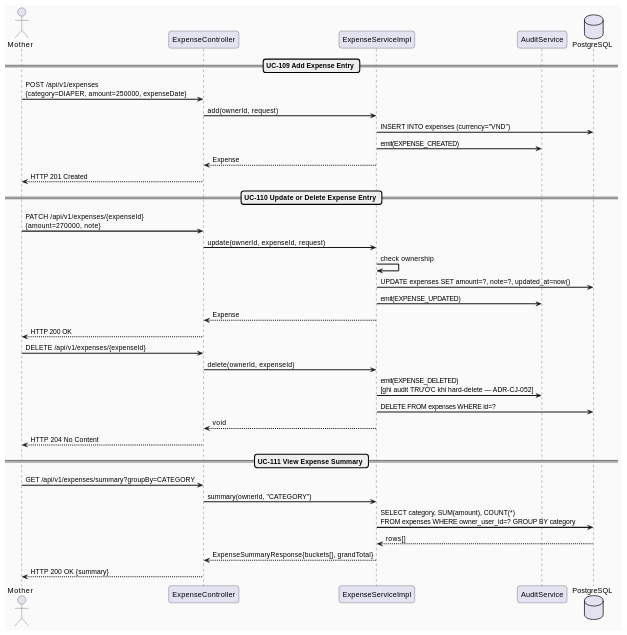
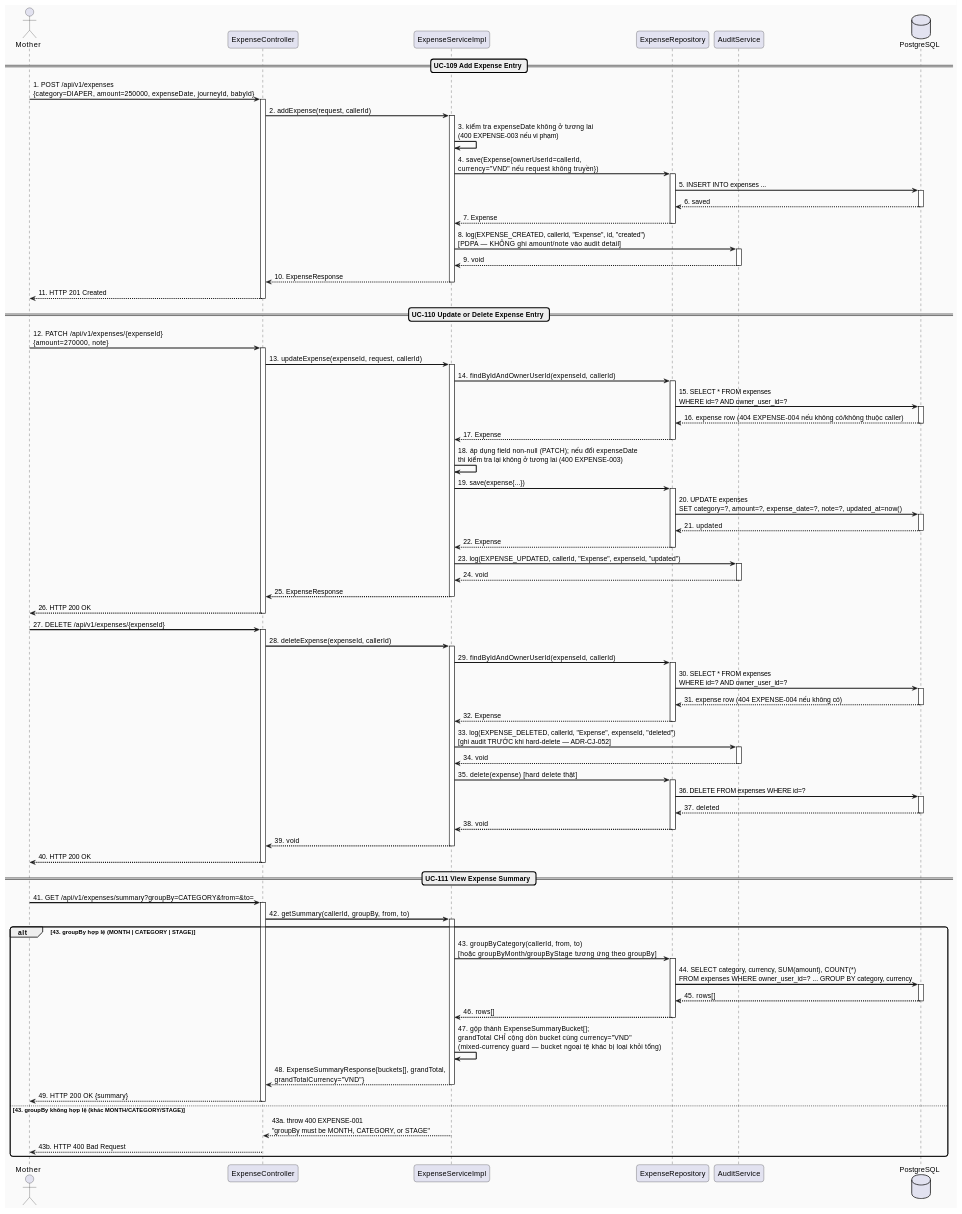
Before and after one commit to ChuongBDHE172784/CareBridge_SEP490_G79: the second of 3 diagrams in docs/Detailed_Design/MF12_Expense_Preparation_Planner/01_Expense_Entry_Summary.md, drawn with PlantUML. The commit also changed other lines of this file and 29 other files, not shown here.

Commit message:
feat: add detailed sequence diagrams to documentation and standardize service-layer interaction flows across modules

````diff
--- a/docs/Detailed_Design/MF12_Expense_Preparation_Planner/01_Expense_Entry_Summary.md
+++ b/docs/Detailed_Design/MF12_Expense_Preparation_Planner/01_Expense_Entry_Summary.md
@@ -108,40 +108,118 @@
 actor "Mother" as M
 participant "ExpenseController" as Controller
 participant "ExpenseServiceImpl" as Service
+participant "ExpenseRepository" as Repo
 participant "AuditService" as Audit
 database "PostgreSQL" as DB
 
 == UC-109 Add Expense Entry ==
-M -> Controller : POST /api/v1/expenses\n{category=DIAPER, amount=250000, expenseDate}
-Controller -> Service : add(ownerId, request)
-Service -> DB : INSERT INTO expenses (currency="VND")
-Service -> Audit : emit(EXPENSE_CREATED)
-Service --> Controller : Expense
-Controller --> M : HTTP 201 Created
+M -> Controller : 1. POST /api/v1/expenses\n{category=DIAPER, amount=250000, expenseDate, journeyId, babyId}
+activate Controller
+Controller -> Service : 2. addExpense(request, callerId)
+activate Service
+Service -> Service : 3. kiểm tra expenseDate không ở tương lai\n(400 EXPENSE-003 nếu vi phạm)
+Service -> Repo : 4. save(Expense{ownerUserId=callerId,\ncurrency="VND" nếu request không truyền})
+activate Repo
+Repo -> DB : 5. INSERT INTO expenses ...
+activate DB
+DB --> Repo : 6. saved
+deactivate DB
+Repo --> Service : 7. Expense
+deactivate Repo
+Service -> Audit : 8. log(EXPENSE_CREATED, callerId, "Expense", id, "created")\n[PDPA — KHÔNG ghi amount/note vào audit detail]
+activate Audit
+Audit --> Service : 9. void
+deactivate Audit
+Service --> Controller : 10. ExpenseResponse
+deactivate Service
+Controller --> M : 11. HTTP 201 Created
+deactivate Controller
 
 == UC-110 Update or Delete Expense Entry ==
-M -> Controller : PATCH /api/v1/expenses/{expenseId}\n{amount=270000, note}
-Controller -> Service : update(ownerId, expenseId, request)
-Service -> Service : check ownership
-Service -> DB : UPDATE expenses SET amount=?, note=?, updated_at=now()
-Service -> Audit : emit(EXPENSE_UPDATED)
-Service --> Controller : Expense
-Controller --> M : HTTP 200 OK
+M -> Controller : 12. PATCH /api/v1/expenses/{expenseId}\n{amount=270000, note}
+activate Controller
+Controller -> Service : 13. updateExpense(expenseId, request, callerId)
+activate Service
+Service -> Repo : 14. findByIdAndOwnerUserId(expenseId, callerId)
+activate Repo
+Repo -> DB : 15. SELECT * FROM expenses\nWHERE id=? AND owner_user_id=?
+activate DB
+DB --> Repo : 16. expense row (404 EXPENSE-004 nếu không có/không thuộc caller)
+deactivate DB
+Repo --> Service : 17. Expense
+deactivate Repo
+Service -> Service : 18. áp dụng field non-null (PATCH); nếu đổi expenseDate\nthì kiểm tra lại không ở tương lai (400 EXPENSE-003)
+Service -> Repo : 19. save(expense{...})
+activate Repo
+Repo -> DB : 20. UPDATE expenses\nSET category=?, amount=?, expense_date=?, note=?, updated_at=now()
+activate DB
+DB --> Repo : 21. updated
+deactivate DB
+Repo --> Service : 22. Expense
+deactivate Repo
+Service -> Audit : 23. log(EXPENSE_UPDATED, callerId, "Expense", expenseId, "updated")
+activate Audit
+Audit --> Service : 24. void
+deactivate Audit
+Service --> Controller : 25. ExpenseResponse
+deactivate Service
+Controller --> M : 26. HTTP 200 OK
+deactivate Controller
 
-M -> Controller : DELETE /api/v1/expenses/{expenseId}
-Controller -> Service : delete(ownerId, expenseId)
-Service -> Audit : emit(EXPENSE_DELETED)\n[ghi audit TRƯỚC khi hard-delete — ADR-CJ-052]
-Service -> DB : DELETE FROM expenses WHERE id=?
-Service --> Controller : void
-Controller --> M : HTTP 204 No Content
+M -> Controller : 27. DELETE /api/v1/expenses/{expenseId}
+activate Controller
+Controller -> Service : 28. deleteExpense(expenseId, callerId)
+activate Service
+Service -> Repo : 29. findByIdAndOwnerUserId(expenseId, callerId)
+activate Repo
+Repo -> DB : 30. SELECT * FROM expenses\nWHERE id=? AND owner_user_id=?
+activate DB
+DB --> Repo : 31. expense row (404 EXPENSE-004 nếu không có)
+deactivate DB
+Repo --> Service : 32. Expense
+deactivate Repo
+Service -> Audit : 33. log(EXPENSE_DELETED, callerId, "Expense", expenseId, "deleted")\n[ghi audit TRƯỚC khi hard-delete — ADR-CJ-052]
+activate Audit
+Audit --> Service : 34. void
+deactivate Audit
+Service -> Repo : 35. delete(expense) [hard delete thật]
+activate Repo
+Repo -> DB : 36. DELETE FROM expenses WHERE id=?
+activate DB
+DB --> Repo : 37. deleted
+deactivate DB
+Repo --> Service : 38. void
+deactivate Repo
+Service --> Controller : 39. void
+deactivate Service
+Controller --> M : 40. HTTP 200 OK
+deactivate Controller
 
 == UC-111 View Expense Summary ==
-M -> Controller : GET /api/v1/expenses/summary?groupBy=CATEGORY
-Controller -> Service : summary(ownerId, "CATEGORY")
-Service -> DB : SELECT category, SUM(amount), COUNT(*)\nFROM expenses WHERE owner_user_id=? GROUP BY category
-DB --> Service : rows[]
-Service --> Controller : ExpenseSummaryResponse{buckets[], grandTotal}
-Controller --> M : HTTP 200 OK {summary}
+M -> Controller : 41. GET /api/v1/expenses/summary?groupBy=CATEGORY&from=&to=
+activate Controller
+Controller -> Service : 42. getSummary(callerId, groupBy, from, to)
+activate Service
+alt 43. groupBy hợp lệ (MONTH | CATEGORY | STAGE)
+  Service -> Repo : 43. groupByCategory(callerId, from, to)\n[hoặc groupByMonth/groupByStage tương ứng theo groupBy]
+  activate Repo
+  Repo -> DB : 44. SELECT category, currency, SUM(amount), COUNT(*)\nFROM expenses WHERE owner_user_id=? ... GROUP BY category, currency
+  activate DB
+  DB --> Repo : 45. rows[]
+  deactivate DB
+  Repo --> Service : 46. rows[]
+  deactivate Repo
+  Service -> Service : 47. gộp thành ExpenseSummaryBucket[];\ngrandTotal CHỈ cộng dồn bucket cùng currency="VND"\n(mixed-currency guard — bucket ngoại tệ khác bị loại khỏi tổng)
+  Service --> Controller : 48. ExpenseSummaryResponse{buckets[], grandTotal,\ngrandTotalCurrency="VND"}
+  deactivate Service
+  Controller --> M : 49. HTTP 200 OK {summary}
+  deactivate Controller
+else 43. groupBy không hợp lệ (khác MONTH/CATEGORY/STAGE)
+  Service --> Controller : 43a. throw 400 EXPENSE-001\n"groupBy must be MONTH, CATEGORY, or STAGE"
+  deactivate Service
+  Controller --> M : 43b. HTTP 400 Bad Request
+  deactivate Controller
+end
 
 @enduml
 ```
````
